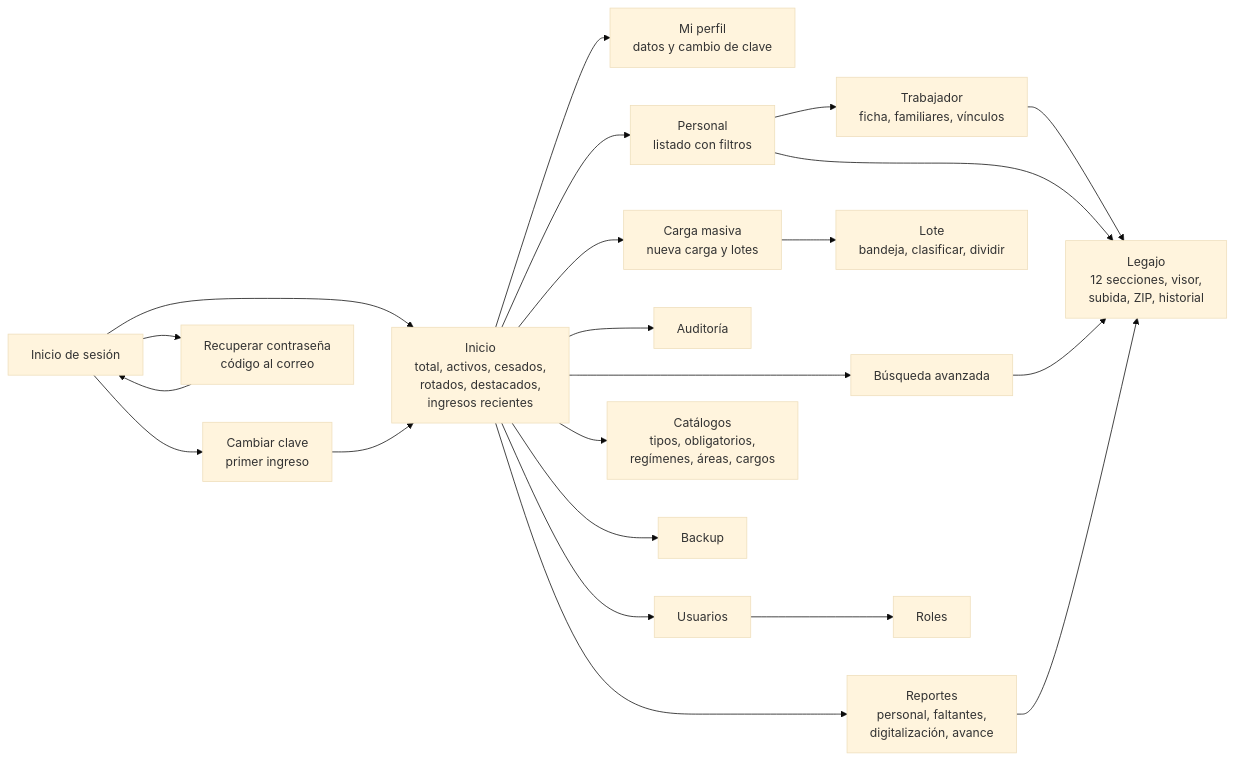
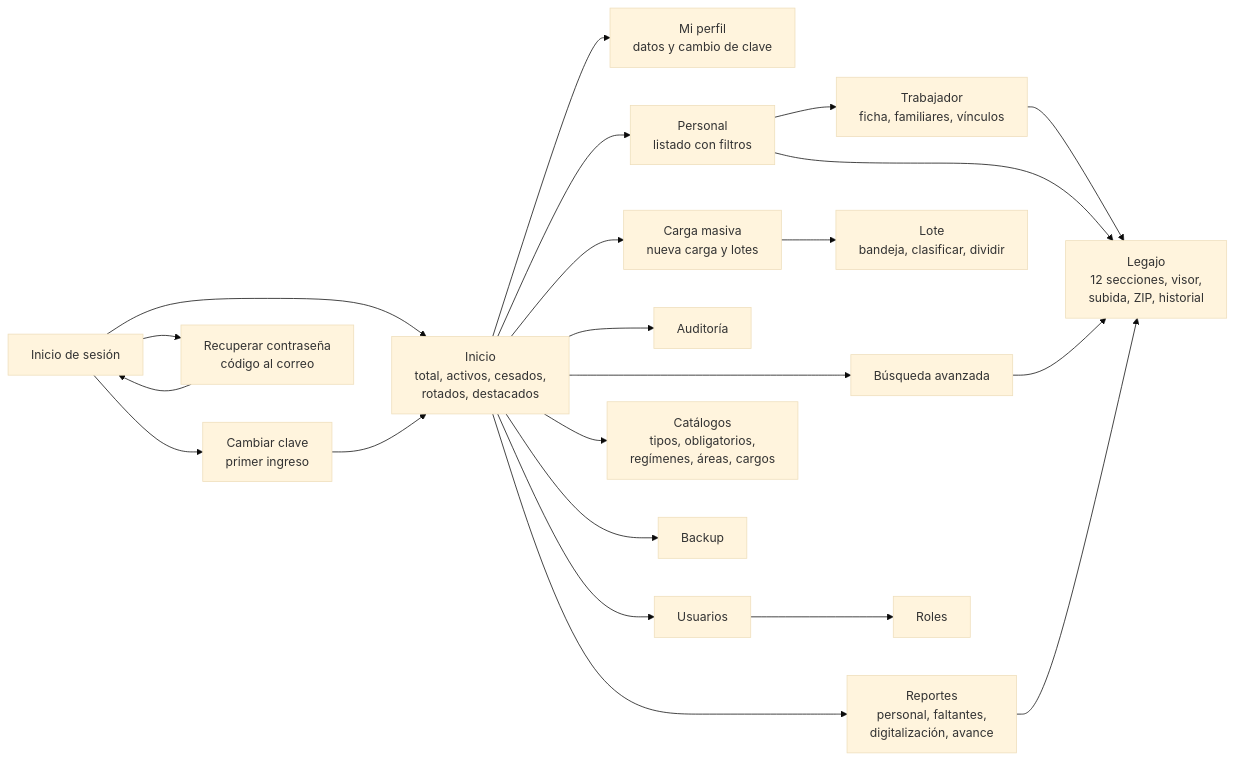
Diagram 22 of 22 in README.md (Jose27luis/legajo), drawn with Mermaid (base theme) before and after one commit.

Commit message:
docs: el inicio ya no muestra ingresos recientes

````diff
--- a/README.md
+++ b/README.md
@@ -1327,24 +1327,24 @@
 ```mermaid
 flowchart LR
     LOGIN["Inicio de sesión"] --> CC["Cambiar clave<br/>primer ingreso"]
     LOGIN --> REC["Recuperar contraseña<br/>código al correo"]
     REC --> LOGIN
-    LOGIN --> INI["Inicio<br/>total, activos, cesados,<br/>rotados, destacados,<br/>ingresos recientes"]
+    LOGIN --> INI["Inicio<br/>total, activos, cesados,<br/>rotados, destacados"]
     INI --> PRF["Mi perfil<br/>datos y cambio de clave"]
     CC --> INI
     INI --> PER["Personal<br/>listado con filtros"]
     PER --> TRA["Trabajador<br/>ficha, familiares, vínculos"]
     TRA --> LEG["Legajo<br/>12 secciones, visor,<br/>subida, ZIP, historial"]
     PER --> LEG
     INI --> BUS["Búsqueda avanzada"]
     BUS --> LEG
     INI --> CM["Carga masiva<br/>nueva carga y lotes"]
     CM --> LOT["Lote<br/>bandeja, clasificar, dividir"]
     INI --> REP["Reportes<br/>personal, faltantes,<br/>digitalización, avance"]
     REP --> LEG
     INI --> AUD["Auditoría"]
     INI --> USU["Usuarios"]
     USU --> ROL["Roles"]
     INI --> CAT["Catálogos<br/>tipos, obligatorios,<br/>regímenes, áreas, cargos"]
     INI --> BAK["Backup"]
 ```
````
